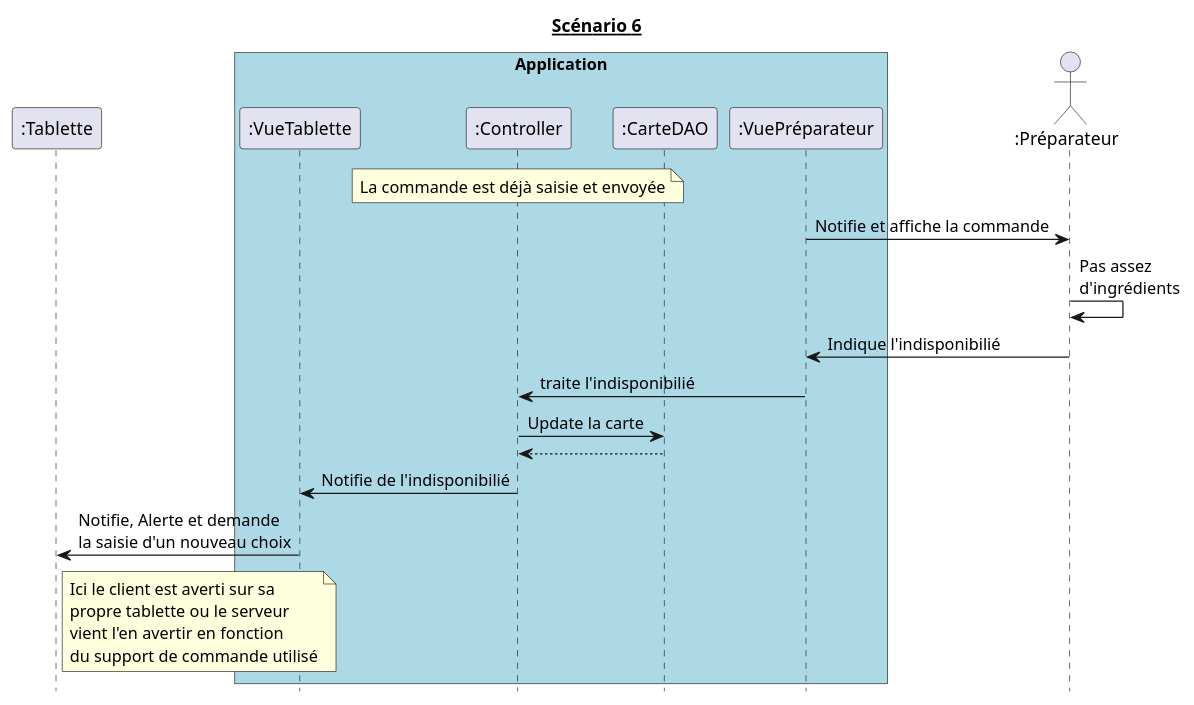
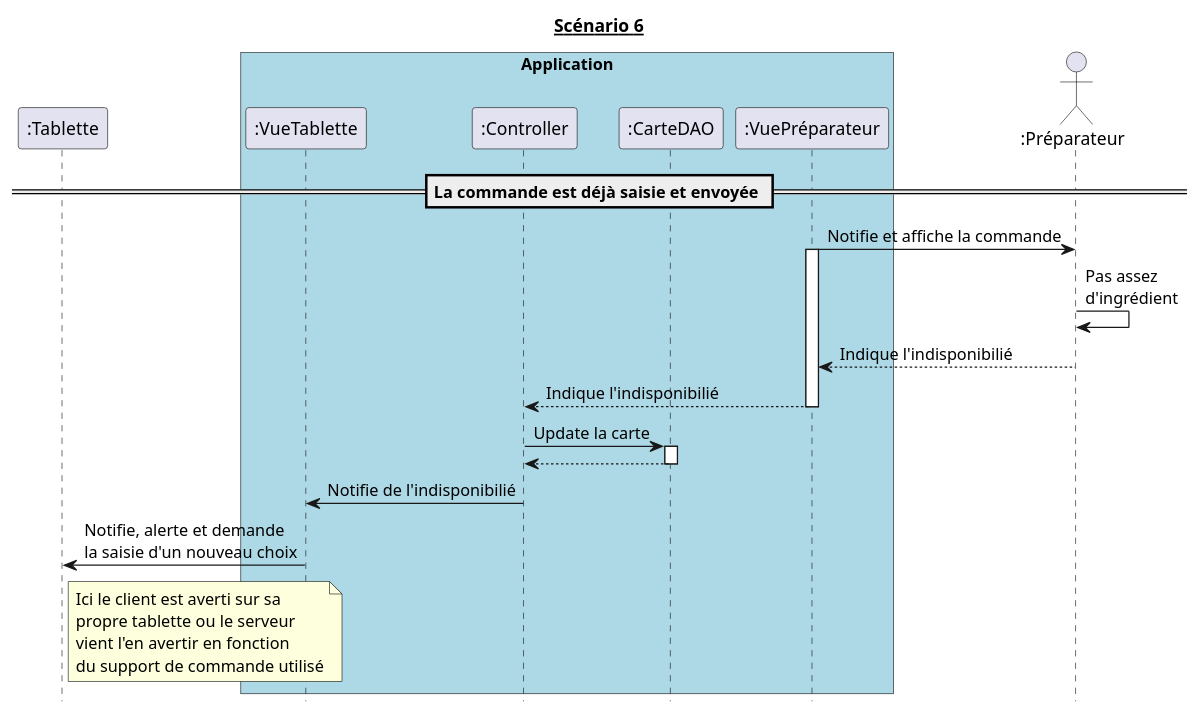
The diagram in diagrammes_sequences_detailles/dss6.md (hulskenA/GL-Les_seigneurs_du_resto), drawn with PlantUML before and after one commit. The commit also changed 7 other files, not shown here.

````diff
--- a/diagrammes_sequences_detailles/dss6.md
+++ b/diagrammes_sequences_detailles/dss6.md
@@ -1,41 +1,43 @@
 ```puml
 @startuml
 hide footbox
 title __Scénario 6__
 
 participant ":Tablette" as Tablette order 10
 actor ":Préparateur" as Préparateur order 60
 
 box "Application" #Lightblue
   participant ":VueTablette" as VueTablette order 20
   participant ":Controller" as Controller order 30
   participant ":CarteDAO" as CarteDAO order 40
   participant ":VuePréparateur" as VuePréparateur order 50
 endbox
 
-note over Controller
-  La commande est déjà saisie et envoyée
-end note
+== La commande est déjà saisie et envoyée ==
 
 VuePréparateur -> Préparateur : Notifie et affiche la commande
-Préparateur -> Préparateur : Pas assez\nd'ingrédients
-Préparateur -> VuePréparateur : Indique l'indisponibilié
+activate VuePréparateur
+  Préparateur -> Préparateur : Pas assez\nd'ingrédient
+  Préparateur --> VuePréparateur : Indique l'indisponibilié
+  VuePréparateur --> Controller : Indique l'indisponibilié
+deactivate VuePréparateur
 
-VuePréparateur -> Controller : traite l'indisponibilié
 
 Controller -> CarteDAO : Update la carte
+activate CarteDAO
 Controller <-- CarteDAO
+deactivate CarteDAO
 
 Controller -> VueTablette : Notifie de l'indisponibilié
 
-Tablette <- VueTablette : Notifie, Alerte et demande\nla saisie d'un nouveau choix
+Tablette <- VueTablette : Notifie, alerte et demande\nla saisie d'un nouveau choix
 
 note right Tablette
   Ici le client est averti sur sa
   propre tablette ou le serveur
   vient l'en avertir en fonction
   du support de commande utilisé
 end note
 
 @enduml
 ```
````
